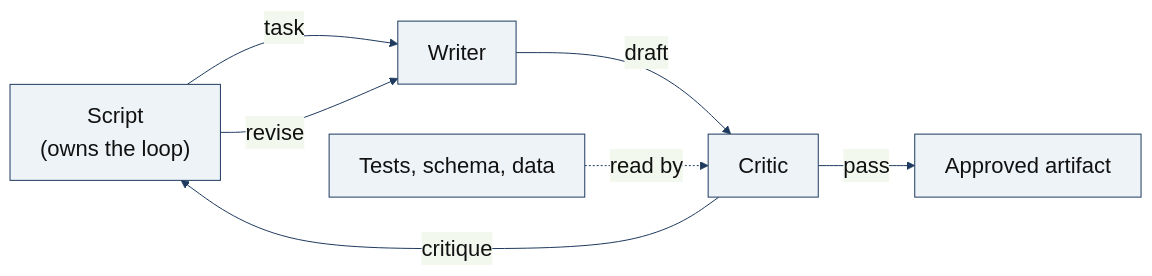
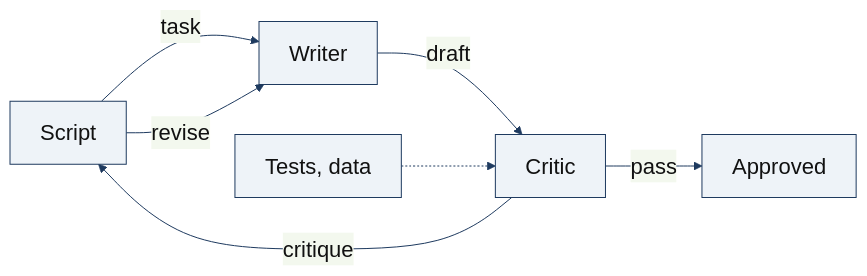
The diagram in diagrams/writer-critic.mmd (xoubish/multiGrits), drawn with Mermaid before and after one commit. The commit also changed 9 other files, not shown here.

```diff
--- a/diagrams/writer-critic.mmd
+++ b/diagrams/writer-critic.mmd
@@ -1,8 +1,8 @@
 %%{init: {"theme": "base", "themeVariables": {"fontSize": "22px", "primaryColor": "#eef3f8", "primaryBorderColor": "#1e3a5f", "primaryTextColor": "#111", "lineColor": "#1e3a5f"}}}%%
 flowchart LR
-  S["Script\n(owns the loop)"] -->|"task"| W["Writer"]
+  S["Script"] -->|"task"| W["Writer"]
   W -->|"draft"| C["Critic"]
-  Tt["Tests, schema, data"] -.->|"read by"| C
+  T["Tests, data"] -.-> C
   C -->|"critique"| S
   S -->|"revise"| W
-  C -->|"pass"| F["Approved artifact"]
+  C -->|"pass"| F["Approved"]
```
